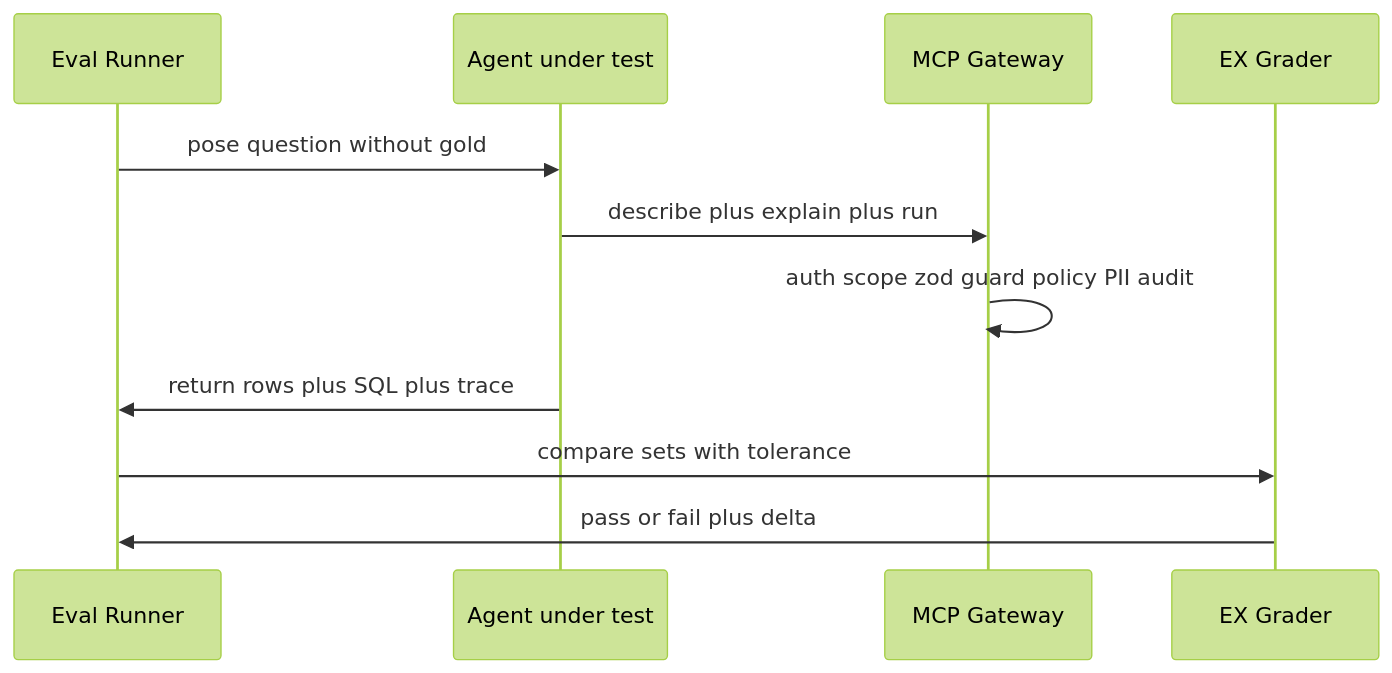
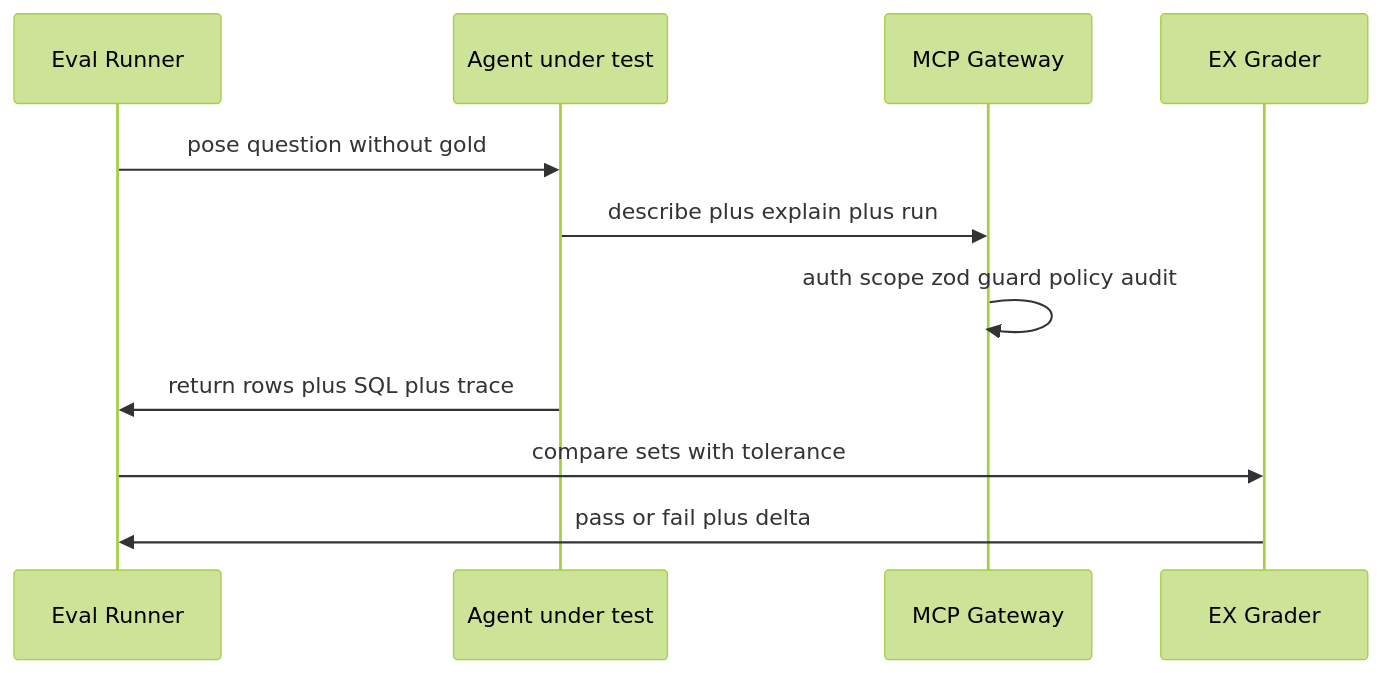
Before and after one commit to NDTruongDanh/SE373-Analytics-Agent: the second of 2 diagrams in openwiki/evals/eval-and-safety-harness.md, drawn with Mermaid (forest theme). The commit also changed other lines of this file and 27 other files, not shown here.

````diff
--- a/openwiki/evals/eval-and-safety-harness.md
+++ b/openwiki/evals/eval-and-safety-harness.md
@@ -251,13 +269,13 @@
 ```mermaid
 sequenceDiagram
 participant Runner as Eval Runner
 participant Agent as Agent under test
 participant Gateway as MCP Gateway
 participant Grader as EX Grader
 Runner->>Agent: pose question without gold
 Agent->>Gateway: describe plus explain plus run
-Gateway->>Gateway: auth scope zod guard policy PII audit
+Gateway->>Gateway: auth scope zod guard policy audit
 Agent->>Runner: return rows plus SQL plus trace
 Runner->>Grader: compare sets with tolerance
 Grader->>Runner: pass or fail plus delta
 ```
````
